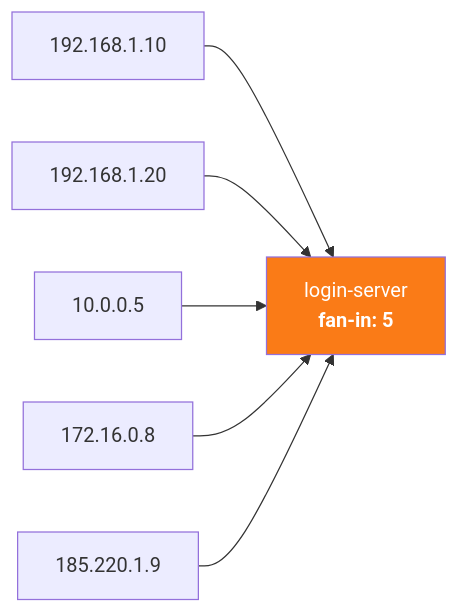
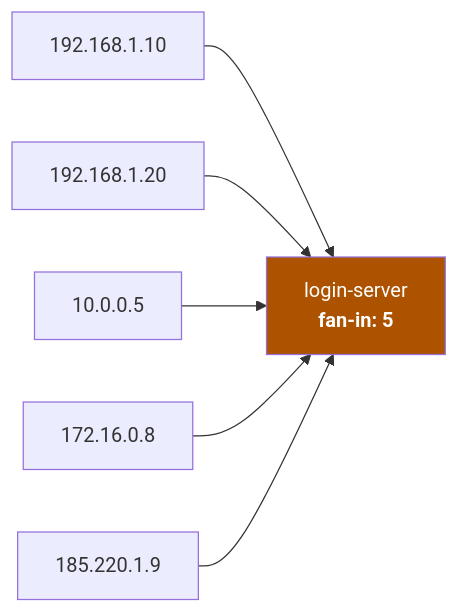
The fifth of 6 diagrams in docs/entity-graph/algorithms.md (seerflow/seerflow-guide), drawn with Mermaid before and after one commit. The commit also changed other lines of this file and 9 other files, not shown here.

First line of the commit message:
fix(brand): recolor mermaid diagrams to brand palette

````diff
--- a/docs/entity-graph/algorithms.md
+++ b/docs/entity-graph/algorithms.md
@@ -122,9 +122,9 @@
     ```mermaid
     graph LR
         S1[192.168.1.10] --> T[login-server<br/><b>fan-in: 5</b>]
         S2[192.168.1.20] --> T
         S3[10.0.0.5] --> T
         S4[172.16.0.8] --> T
         S5[185.220.1.9] --> T
-        style T fill:#fa7b17,color:#fff
+        style T fill:#ad5300,color:#fff
     ```
````
